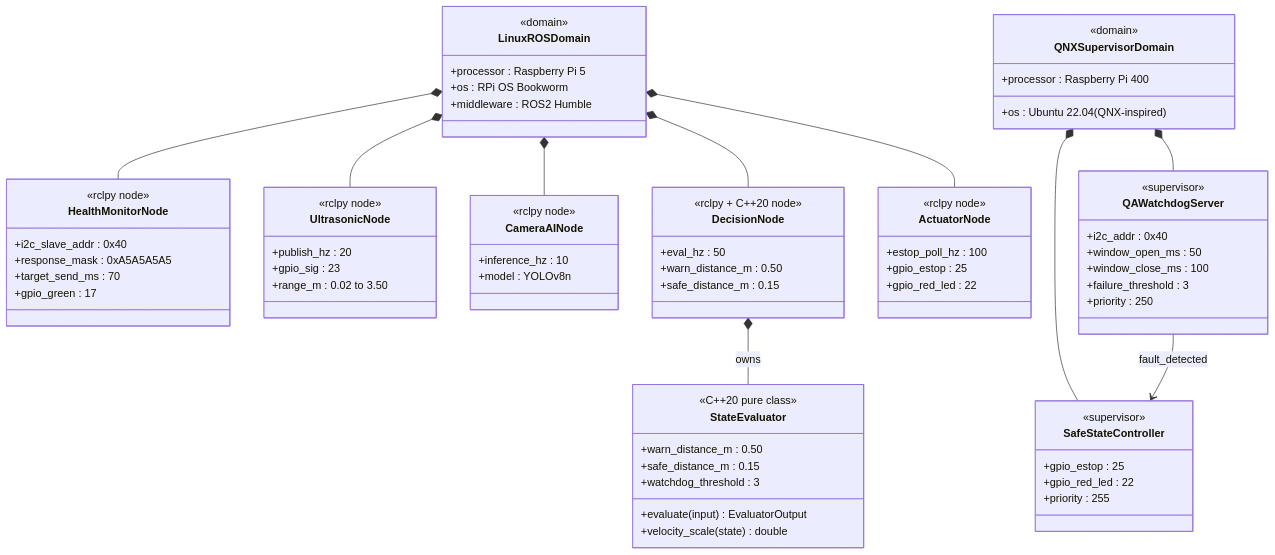
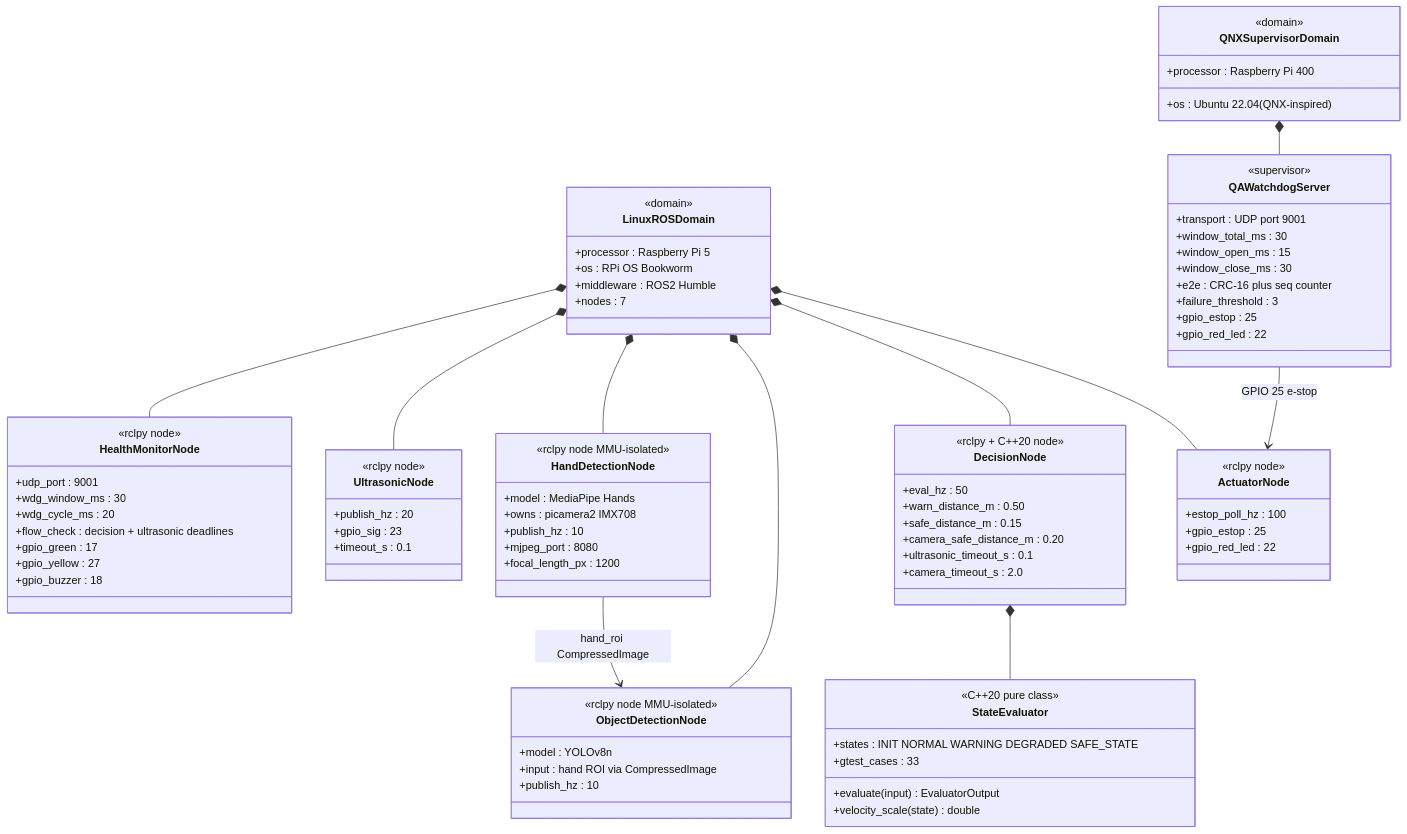
One commit to tipou82/safety-supervised-edge-ai-demo changed the second of 11 diagrams in docs/sysml/architecture_diagrams.md. Above: the diagram before and after it, drawn with Mermaid. The commit also changed other lines of this file, not shown here.

First line of the commit message:
docs: update all 11 Mermaid diagrams to reflect final system (M0-M8)

````diff
--- a/docs/sysml/architecture_diagrams.md
+++ b/docs/sysml/architecture_diagrams.md
@@ -85,6 +85,7 @@
         +processor : Raspberry Pi 5
         +os : RPi OS Bookworm
         +middleware : ROS2 Humble
+        +nodes : 7
     }
 
     class QNXSupervisorDomain {
@@ -95,23 +96,36 @@
 
     class HealthMonitorNode {
         <<rclpy node>>
-        +i2c_slave_addr : 0x40
-        +response_mask : 0xA5A5A5A5
-        +target_send_ms : 70
+        +udp_port : 9001
+        +wdg_window_ms : 30
+        +wdg_cycle_ms : 20
+        +flow_check : decision + ultrasonic deadlines
         +gpio_green : 17
+        +gpio_yellow : 27
+        +gpio_buzzer : 18
     }
 
     class UltrasonicNode {
         <<rclpy node>>
         +publish_hz : 20
         +gpio_sig : 23
-        +range_m : 0.02 to 3.50
+        +timeout_s : 0.1
     }
 
-    class CameraAINode {
-        <<rclpy node>>
-        +inference_hz : 10
+    class HandDetectionNode {
+        <<rclpy node MMU-isolated>>
+        +model : MediaPipe Hands
+        +owns : picamera2 IMX708
+        +publish_hz : 10
+        +mjpeg_port : 8080
+        +focal_length_px : 1200
+    }
+
+    class ObjectDetectionNode {
+        <<rclpy node MMU-isolated>>
         +model : YOLOv8n
+        +input : hand ROI via CompressedImage
+        +publish_hz : 10
     }
 
     class DecisionNode {
@@ -119,6 +133,9 @@
         +eval_hz : 50
         +warn_distance_m : 0.50
         +safe_distance_m : 0.15
+        +camera_safe_distance_m : 0.20
+        +ultrasonic_timeout_s : 0.1
+        +camera_timeout_s : 2.0
     }
 
     class ActuatorNode {
@@ -130,38 +147,34 @@
 
     class StateEvaluator {
         <<C++20 pure class>>
-        +warn_distance_m : 0.50
-        +safe_distance_m : 0.15
-        +watchdog_threshold : 3
+        +states : INIT NORMAL WARNING DEGRADED SAFE_STATE
+        +gtest_cases : 33
         +evaluate(input) EvaluatorOutput
         +velocity_scale(state) double
     }
 
     class QAWatchdogServer {
         <<supervisor>>
-        +i2c_addr : 0x40
-        +window_open_ms : 50
-        +window_close_ms : 100
+        +transport : UDP port 9001
+        +window_total_ms : 30
+        +window_open_ms : 15
+        +window_close_ms : 30
+        +e2e : CRC-16 plus seq counter
         +failure_threshold : 3
-        +priority : 250
-    }
-
-    class SafeStateController {
-        <<supervisor>>
         +gpio_estop : 25
         +gpio_red_led : 22
-        +priority : 255
     }
 
     LinuxROSDomain  *-- HealthMonitorNode
     LinuxROSDomain  *-- UltrasonicNode
-    LinuxROSDomain  *-- CameraAINode
+    LinuxROSDomain  *-- HandDetectionNode
+    LinuxROSDomain  *-- ObjectDetectionNode
     LinuxROSDomain  *-- DecisionNode
     LinuxROSDomain  *-- ActuatorNode
-    DecisionNode    *-- StateEvaluator : owns
+    DecisionNode    *-- StateEvaluator
 
     QNXSupervisorDomain *-- QAWatchdogServer
-    QNXSupervisorDomain *-- SafeStateController
 
-    QAWatchdogServer --> SafeStateController : fault_detected
+    HandDetectionNode --> ObjectDetectionNode : hand_roi CompressedImage
+    QAWatchdogServer  --> ActuatorNode        : GPIO 25 e-stop
 ```
````
